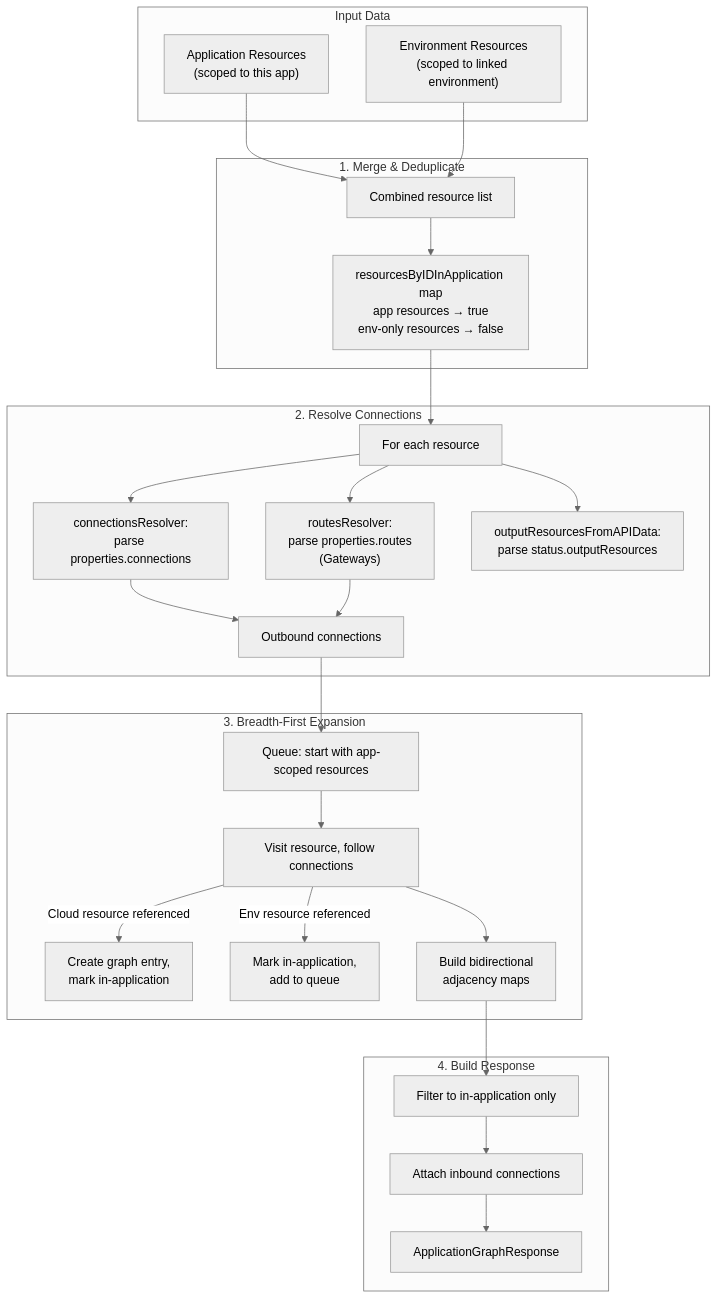
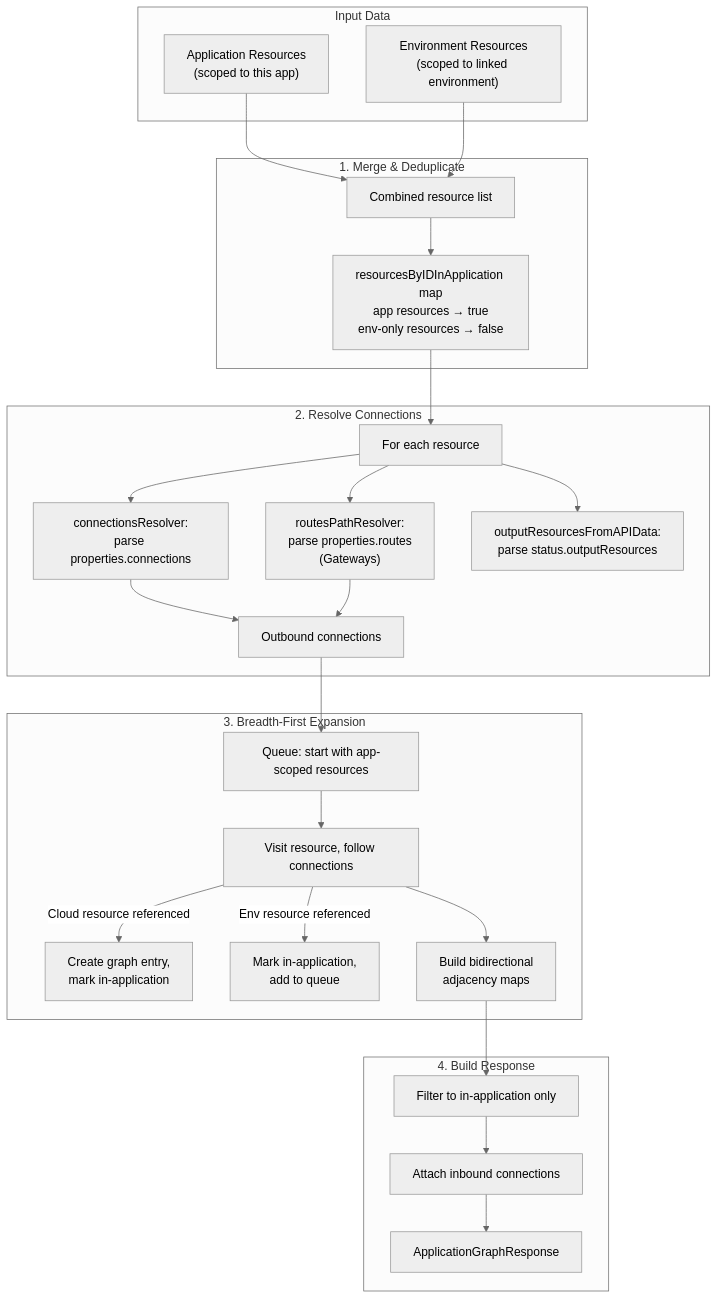
The third of 4 diagrams in docs/architecture/application-graph.md (radius-project/radius), drawn with Mermaid (neutral theme) before and after one commit.

````diff
--- a/docs/architecture/application-graph.md
+++ b/docs/architecture/application-graph.md
@@ -143,36 +143,36 @@
 ```mermaid
 graph TD
     subgraph Input["Input Data"]
         AppRes["Application Resources<br/>(scoped to this app)"]
         EnvRes["Environment Resources<br/>(scoped to linked environment)"]
     end
 
     subgraph Merge["1. Merge & Deduplicate"]
         AppRes --> Merged["Combined resource list"]
         EnvRes --> Merged
         Merged --> InAppMap["resourcesByIDInApplication map<br/>app resources → true<br/>env-only resources → false"]
     end
 
     subgraph Resolve["2. Resolve Connections"]
         InAppMap --> ForEachRes["For each resource"]
         ForEachRes --> ConnResolver["connectionsResolver:<br/>parse properties.connections"]
-        ForEachRes --> RouteResolver["routesResolver:<br/>parse properties.routes<br/>(Gateways)"]
+        ForEachRes --> RouteResolver["routesPathResolver:<br/>parse properties.routes<br/>(Gateways)"]
         ConnResolver --> Outbound["Outbound connections"]
         RouteResolver --> Outbound
         ForEachRes --> OutputRes["outputResourcesFromAPIData:<br/>parse status.outputResources"]
     end
 
     subgraph BFS["3. Breadth-First Expansion"]
         Outbound --> Queue["Queue: start with app-scoped resources"]
         Queue --> Visit["Visit resource, follow connections"]
         Visit -->|"Cloud resource referenced"| CreateEntry["Create graph entry,<br/>mark in-application"]
         Visit -->|"Env resource referenced"| MarkInApp["Mark in-application,<br/>add to queue"]
         Visit --> BiDir["Build bidirectional<br/>adjacency maps"]
     end
 
     subgraph Build["4. Build Response"]
         BiDir --> FilterInApp["Filter to in-application only"]
         FilterInApp --> AddInbound["Attach inbound connections"]
         AddInbound --> Response["ApplicationGraphResponse"]
     end
 ```
````
